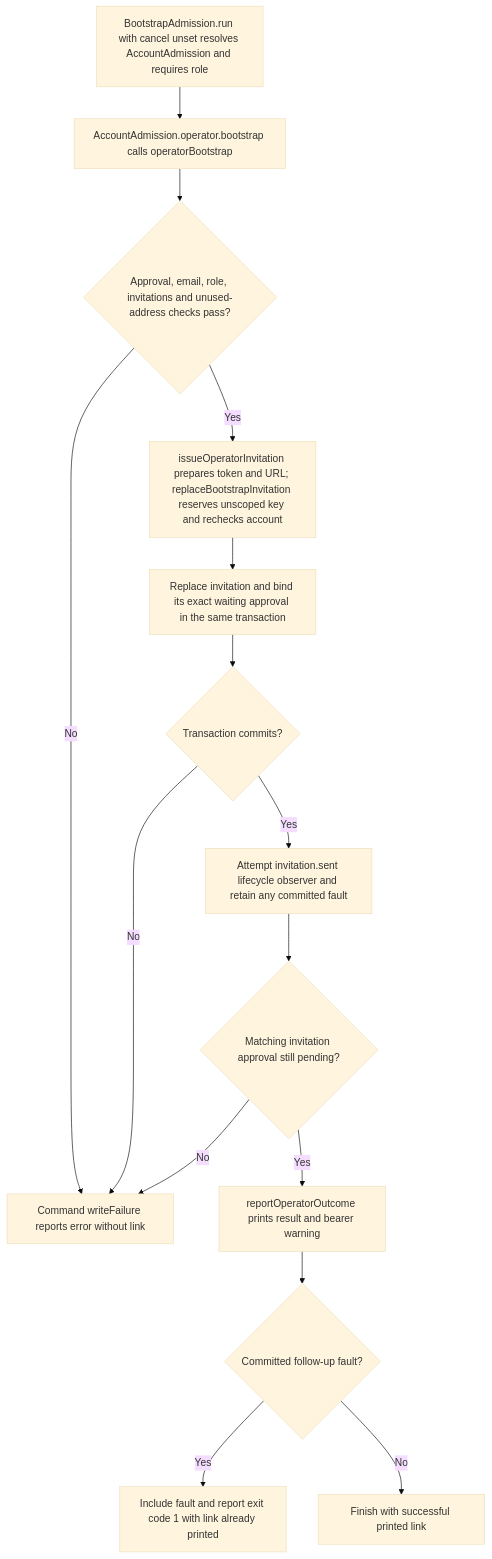
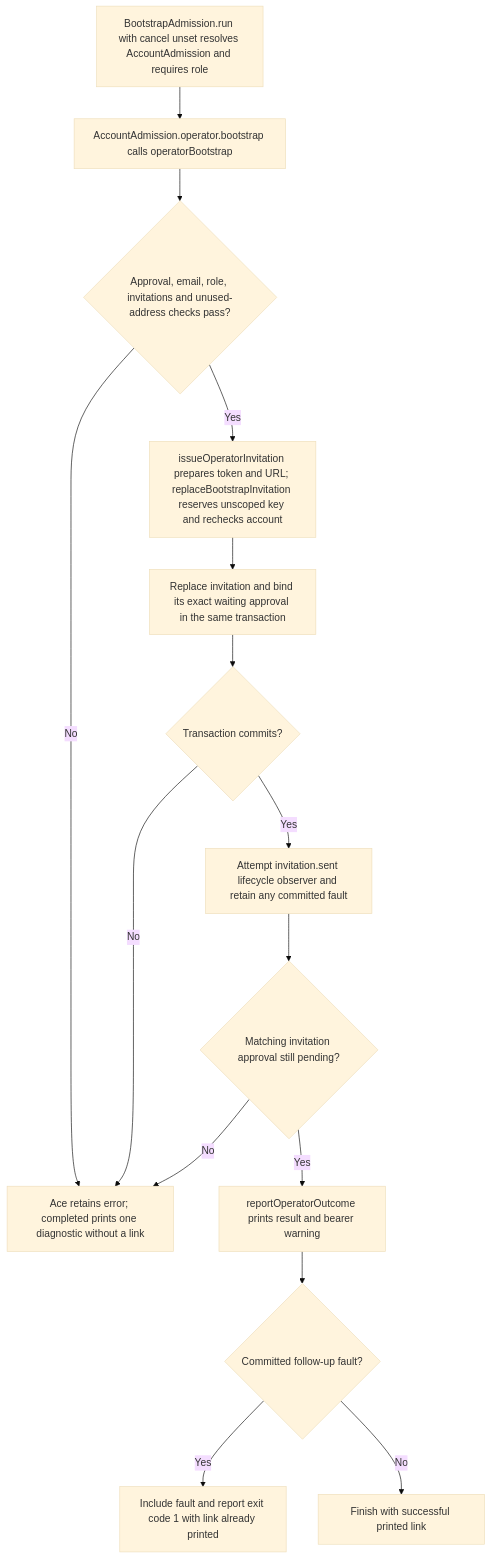
One commit to Kevinjohn/oss-adonisjs-account-kit changed the second of 2 diagrams in user-stories/US-ACCOUNT-46-bootstrap-first-administrator.md. Above: the diagram before and after it, drawn with Mermaid (base theme). The commit also changed other lines of this file and 21 other files, not shown here.

````diff
--- a/user-stories/US-ACCOUNT-46-bootstrap-first-administrator.md
+++ b/user-stories/US-ACCOUNT-46-bootstrap-first-administrator.md
@@ -35,17 +36,17 @@
 ```mermaid
 flowchart TD
  A["BootstrapAdmission.run with cancel unset resolves AccountAdmission and requires role"] --> B["AccountAdmission.operator.bootstrap calls operatorBootstrap"]
  B --> C{"Approval, email, role, invitations and unused-address checks pass?"}
- C -->|No| G["Command writeFailure reports error without link"]
+ C -->|No| G["Ace retains error; completed prints one diagnostic without a link"]
  C -->|Yes| D["issueOperatorInvitation prepares token and URL; replaceBootstrapInvitation reserves unscoped key and rechecks account"]
  D --> E["Replace invitation and bind its exact waiting approval in the same transaction"]
  E --> F{"Transaction commits?"}
  F -->|No| G
  F -->|Yes| H["Attempt invitation.sent lifecycle observer and retain any committed fault"]
  H --> I{"Matching invitation approval still pending?"}
  I -->|No| G
  I -->|Yes| K["reportOperatorOutcome prints result and bearer warning"]
  K --> L{"Committed follow-up fault?"}
  L -->|Yes| M["Include fault and report exit code 1 with link already printed"]
  L -->|No| N["Finish with successful printed link"]
 ```
````
